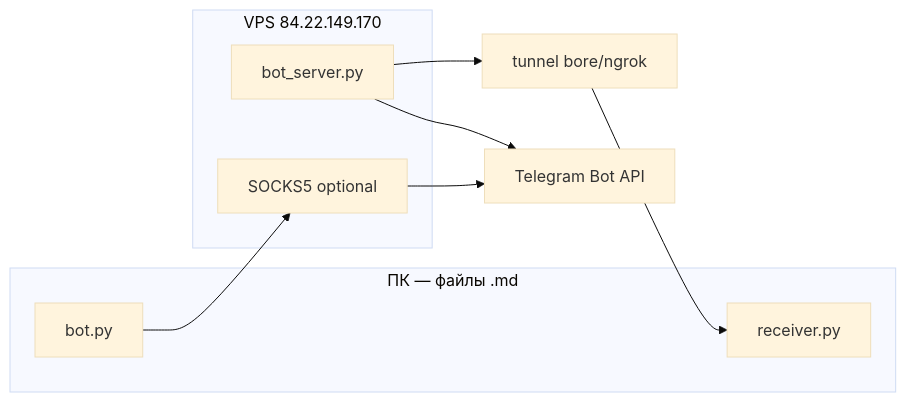
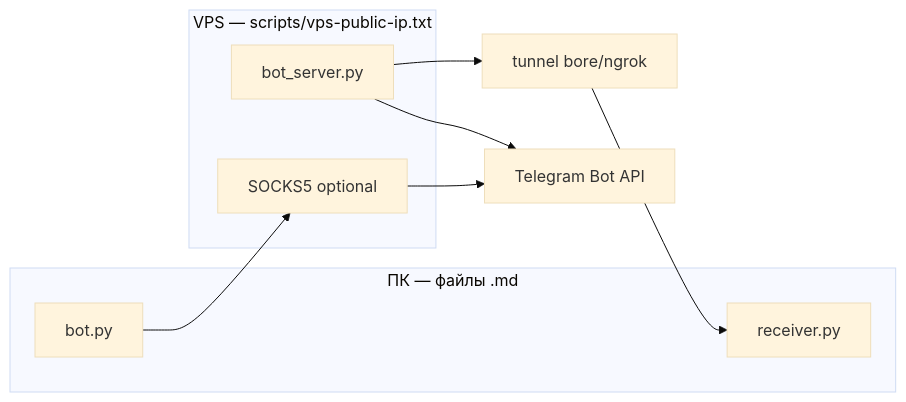
Before and after one commit to Adam-Rubinstein/Bot_CashFlow_Python: the diagram in docs/TELEGRAM_BLOCKING_AND_PROXY.md, drawn with Mermaid (base theme). The commit also changed other lines of this file and 4 other files, not shown here.

````diff
--- a/docs/TELEGRAM_BLOCKING_AND_PROXY.md
+++ b/docs/TELEGRAM_BLOCKING_AND_PROXY.md
@@ -65,18 +65,18 @@
 ```mermaid
 flowchart LR
   subgraph pc [ПК — файлы .md]
     R[receiver.py]
     B[bot.py]
   end
-  subgraph vps [VPS 84.22.149.170]
+  subgraph vps [VPS — scripts/vps-public-ip.txt]
     S[bot_server.py]
     P[SOCKS5 optional]
   end
   TG[Telegram Bot API]
   T[tunnel bore/ngrok]
   S --> TG
   S --> T
   T --> R
   B --> P
   P --> TG
 ```
````
